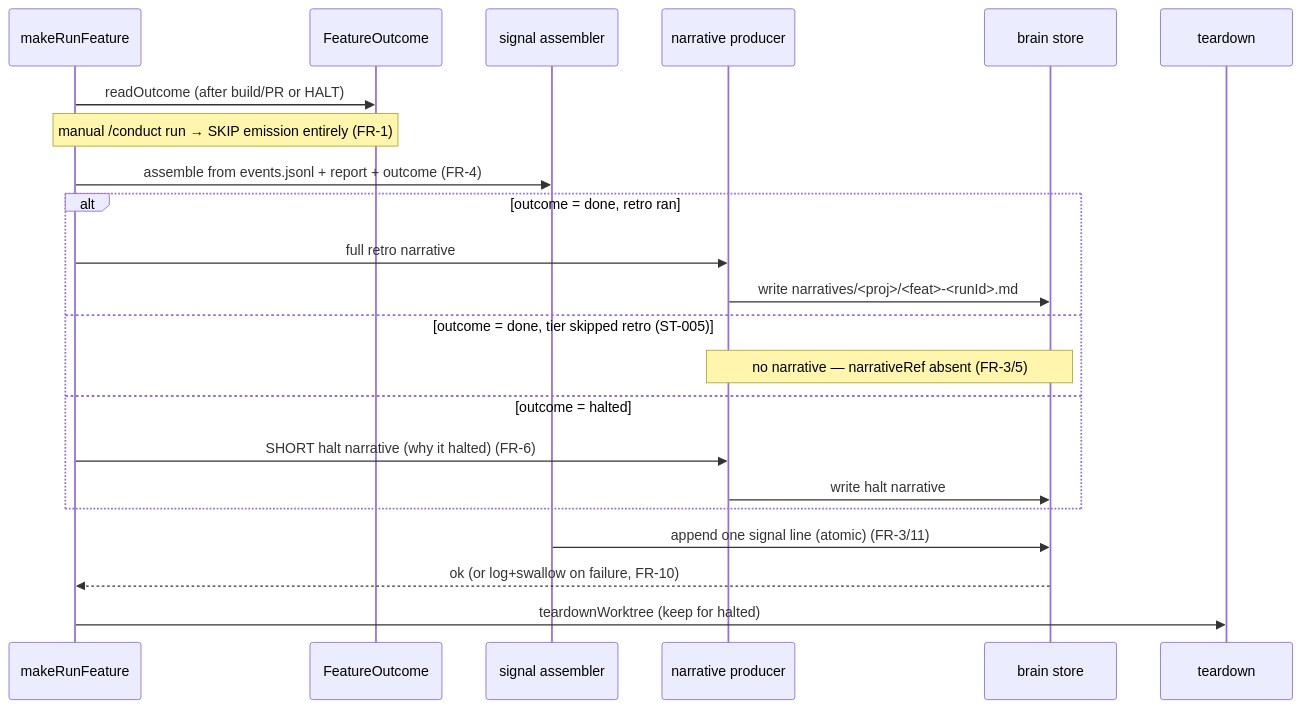
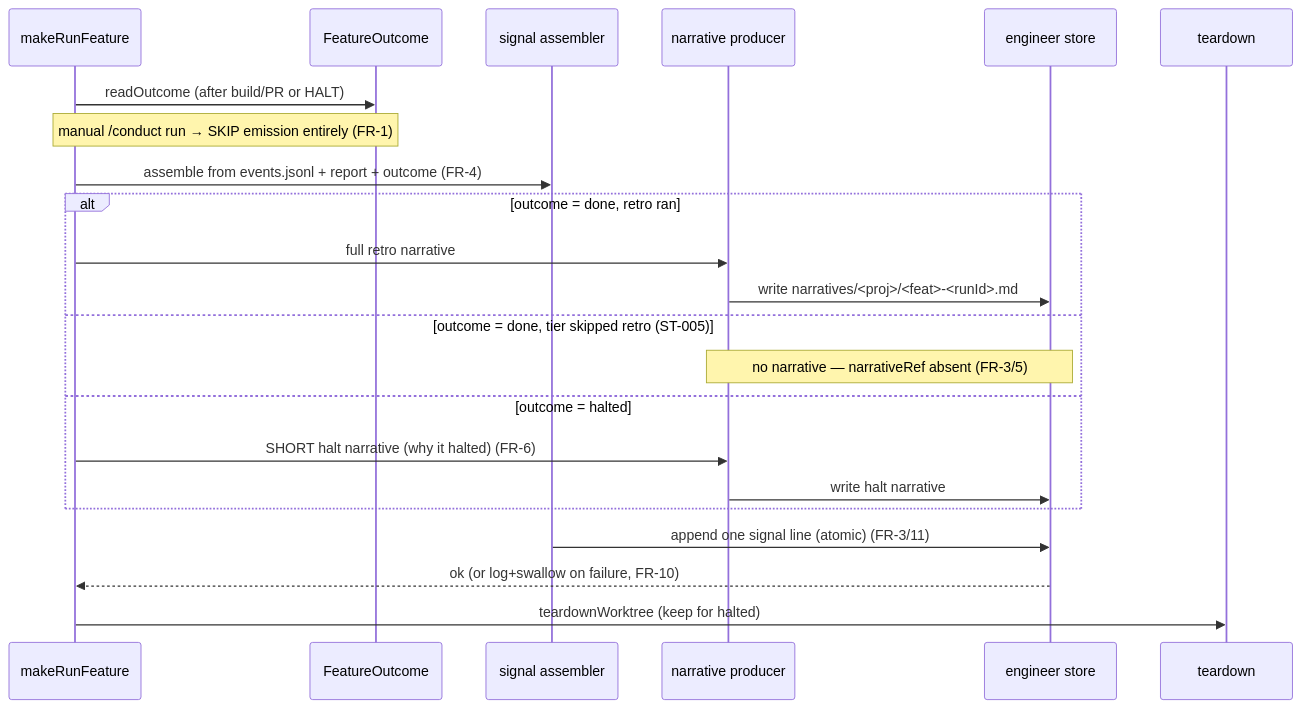
Before and after one commit to jstoup111/ai-conductor: the second of 3 diagrams in .docs/architecture/2026-06-25-phase-9.1-emission-path.md, drawn with Mermaid. The commit also changed other lines of this file and 25 other files, not shown here.

First line of the commit message:
refactor(conduct-ts): sweep "brain" → "engineer" in .docs historical records

````diff
--- a/.docs/architecture/2026-06-25-phase-9.1-emission-path.md
+++ b/.docs/architecture/2026-06-25-phase-9.1-emission-path.md
@@ -54,25 +54,25 @@
 ```mermaid
 sequenceDiagram
     participant R as makeRunFeature
     participant O as FeatureOutcome
     participant A as signal assembler
     participant N as narrative producer
-    participant S as brain store
+    participant S as engineer store
     participant T as teardown
 
     R->>O: readOutcome (after build/PR or HALT)
     Note over R,O: manual /conduct run → SKIP emission entirely (FR-1)
     R->>A: assemble from events.jsonl + report + outcome (FR-4)
     alt outcome = done, retro ran
         R->>N: full retro narrative
         N->>S: write narratives/<proj>/<feat>-<runId>.md
     else outcome = done, tier skipped retro (ST-005)
         Note over N,S: no narrative — narrativeRef absent (FR-3/5)
     else outcome = halted
         R->>N: SHORT halt narrative (why it halted) (FR-6)
         N->>S: write halt narrative
     end
     A->>S: append one signal line (atomic) (FR-3/11)
     S-->>R: ok (or log+swallow on failure, FR-10)
     R->>T: teardownWorktree (keep for halted)
 ```
````
